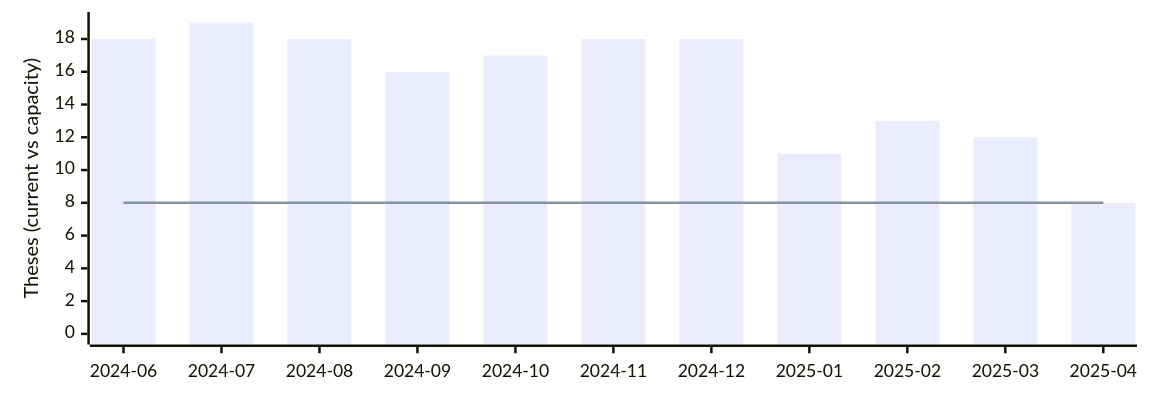
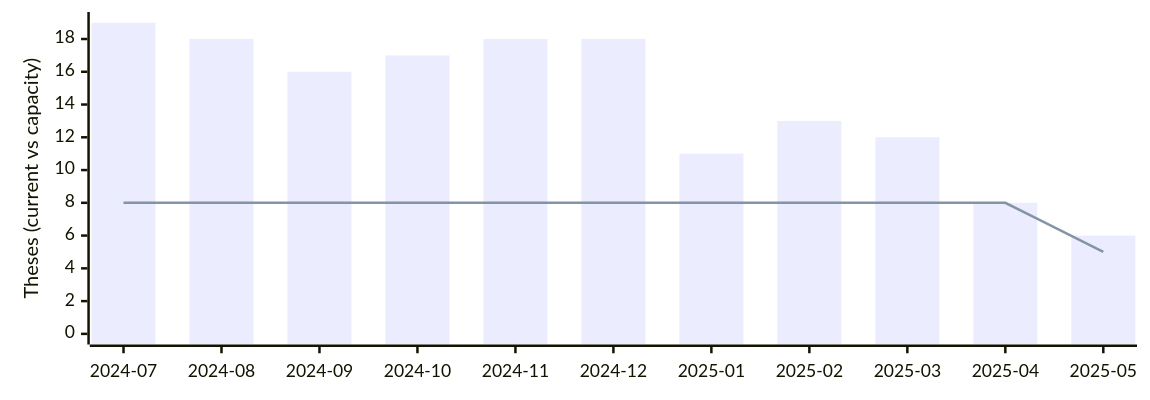
One commit to digital-work-lab/theses changed the diagram in _includes/availability.md. Above: the diagram before and after it, drawn with Mermaid.

Commit message:
Update availability chart

````diff
--- a/_includes/availability.md
+++ b/_includes/availability.md
@@ -2,13 +2,13 @@
 ```mermaid
 ---
 config:
     xyChart:
         width: 900
         height: 300
 ---
 xychart-beta
-    x-axis [2024-06, 2024-07, 2024-08, 2024-09, 2024-10, 2024-11, 2024-12, 2025-01, 2025-02, 2025-03, 2025-04]
+    x-axis [2024-07, 2024-08, 2024-09, 2024-10, 2024-11, 2024-12, 2025-01, 2025-02, 2025-03, 2025-04, 2025-05]
     y-axis "Theses (current vs capacity)" 0 --> 19
-    bar [18, 19, 18, 16, 17, 18, 18, 11, 13, 12, 8]
-    line [8, 8, 8, 8, 8, 8, 8, 8, 8, 8, 8]
+    bar [19, 18, 16, 17, 18, 18, 11, 13, 12, 8, 6]
+    line [8, 8, 8, 8, 8, 8, 8, 8, 8, 8, 5]
 ```
````
